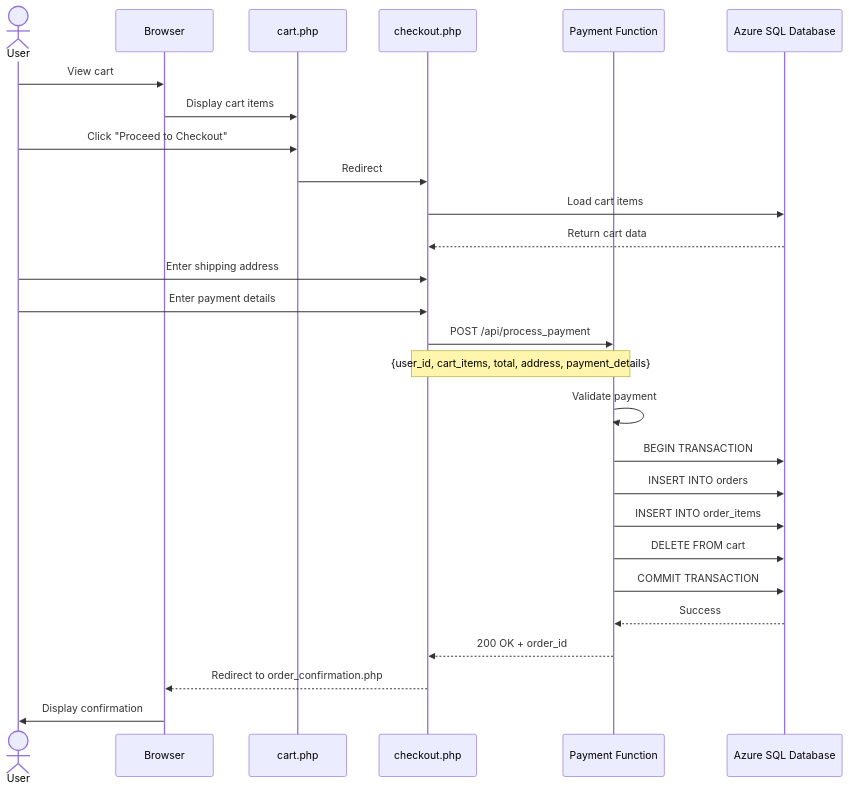
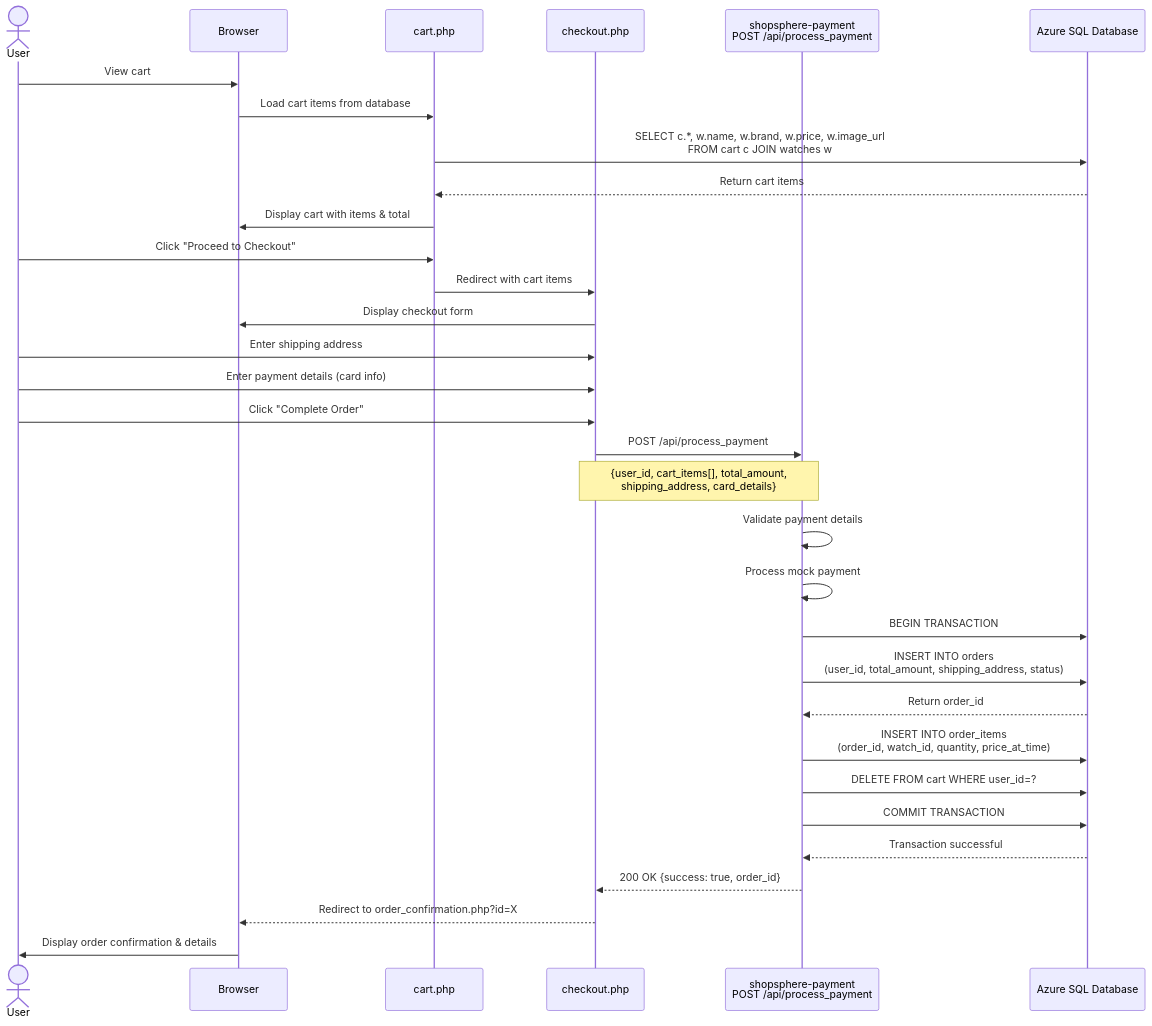
Before and after one commit to RichardT1996/my-cloud-shop: the sixth of 10 diagrams in ARCHITECTURE_UML.md, drawn with Mermaid. The commit also changed other lines of this file, not shown here.

Commit message:
update diagrams

````diff
--- a/ARCHITECTURE_UML.md
+++ b/ARCHITECTURE_UML.md
@@ -259,33 +270,42 @@
 ```mermaid
 sequenceDiagram
     actor User
     participant Browser
     participant Cart as cart.php
     participant Checkout as checkout.php
-    participant PaymentAPI as Payment Function
+    participant PaymentAPI as shopsphere-payment<br/>POST /api/process_payment
     participant Database as Azure SQL Database
     
     User->>Browser: View cart
-    Browser->>Cart: Display cart items
+    Browser->>Cart: Load cart items from database
+    Cart->>Database: SELECT c.*, w.name, w.brand, w.price, w.image_url<br/>FROM cart c JOIN watches w
+    Database-->>Cart: Return cart items
+    Cart->>Browser: Display cart with items & total
+    
     User->>Cart: Click "Proceed to Checkout"
-    Cart->>Checkout: Redirect
-    Checkout->>Database: Load cart items
-    Database-->>Checkout: Return cart data
+    Cart->>Checkout: Redirect with cart items
+    Checkout->>Browser: Display checkout form
     
     User->>Checkout: Enter shipping address
-    User->>Checkout: Enter payment details
+    User->>Checkout: Enter payment details (card info)
+    User->>Checkout: Click "Complete Order"
+    
     Checkout->>PaymentAPI: POST /api/process_payment
-    Note over Checkout,PaymentAPI: {user_id, cart_items, total, address, payment_details}
+    Note over Checkout,PaymentAPI: {user_id, cart_items[], total_amount,<br/>shipping_address, card_details}
     
-    PaymentAPI->>PaymentAPI: Validate payment
+    PaymentAPI->>PaymentAPI: Validate payment details
+    PaymentAPI->>PaymentAPI: Process mock payment
+    
     PaymentAPI->>Database: BEGIN TRANSACTION
-    PaymentAPI->>Database: INSERT INTO orders
-    PaymentAPI->>Database: INSERT INTO order_items
-    PaymentAPI->>Database: DELETE FROM cart
+    PaymentAPI->>Database: INSERT INTO orders<br/>(user_id, total_amount, shipping_address, status)
+    Database-->>PaymentAPI: Return order_id
+    
+    PaymentAPI->>Database: INSERT INTO order_items<br/>(order_id, watch_id, quantity, price_at_time)
+    PaymentAPI->>Database: DELETE FROM cart WHERE user_id=?
     PaymentAPI->>Database: COMMIT TRANSACTION
-    Database-->>PaymentAPI: Success
+    Database-->>PaymentAPI: Transaction successful
     
-    PaymentAPI-->>Checkout: 200 OK + order_id
-    Checkout-->>Browser: Redirect to order_confirmation.php
-    Browser->>User: Display confirmation
+    PaymentAPI-->>Checkout: 200 OK {success: true, order_id}
+    Checkout-->>Browser: Redirect to order_confirmation.php?id=X
+    Browser->>User: Display order confirmation & details
 ```
````
